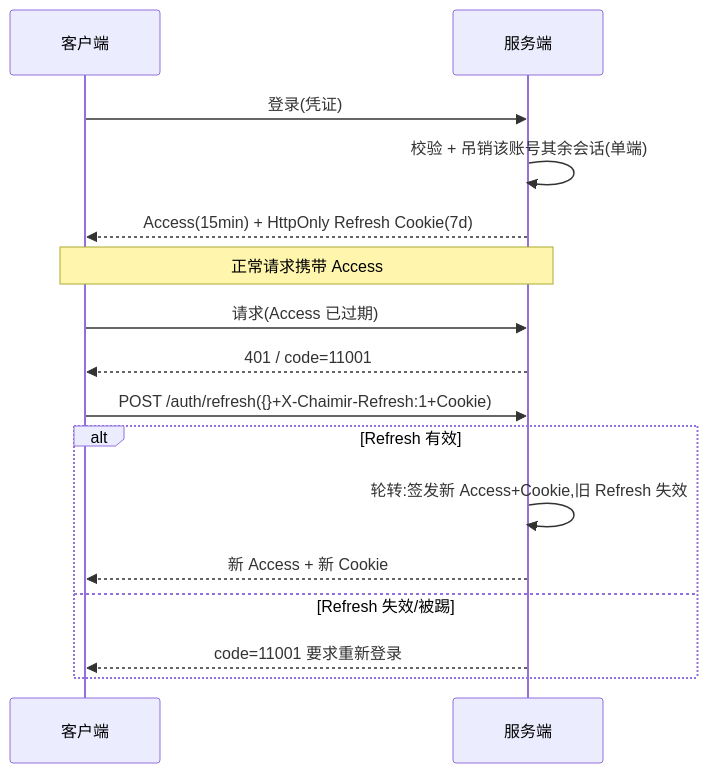
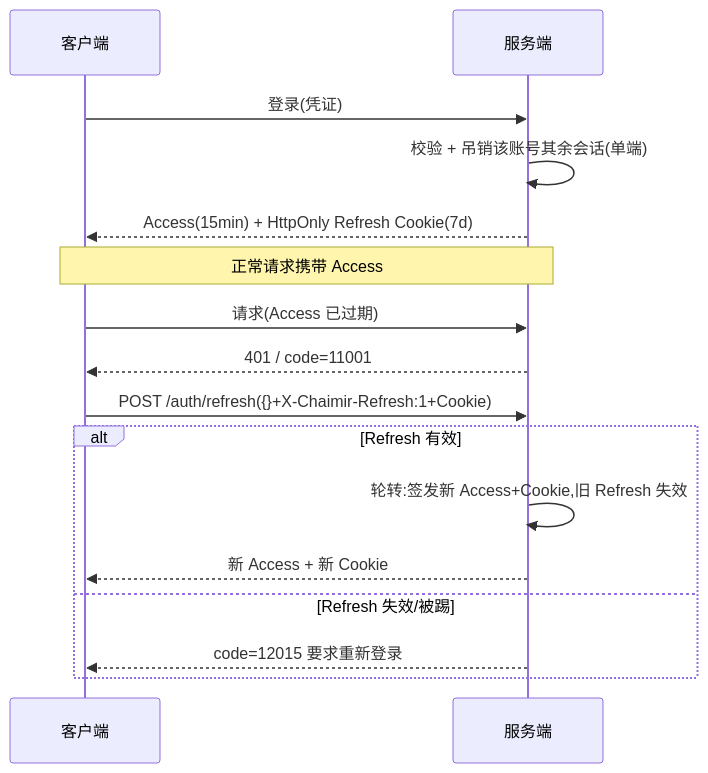
Before and after one commit to menghuishisan/CHAIMIR: the fourth of 7 diagrams in docs/01-身份与租户/05-业务流程与状态机.md, drawn with Mermaid. The commit also changed other lines of this file and 340 other files, not shown here.

````diff
--- a/docs/01-身份与租户/05-业务流程与状态机.md
+++ b/docs/01-身份与租户/05-业务流程与状态机.md
@@ -89,18 +93,18 @@
 ```mermaid
 sequenceDiagram
     participant C as 客户端
     participant S as 服务端
     C->>S: 登录(凭证)
     S->>S: 校验 + 吊销该账号其余会话(单端)
     S-->>C: Access(15min) + HttpOnly Refresh Cookie(7d)
     Note over C,S: 正常请求携带 Access
     C->>S: 请求(Access 已过期)
     S-->>C: 401 / code=11001
     C->>S: POST /auth/refresh({}+X-Chaimir-Refresh:1+Cookie)
     alt Refresh 有效
         S->>S: 轮转:签发新 Access+Cookie,旧 Refresh 失效
         S-->>C: 新 Access + 新 Cookie
     else Refresh 失效/被踢
-        S-->>C: code=11001 要求重新登录
+        S-->>C: code=12015 要求重新登录
     end
 ```
````
